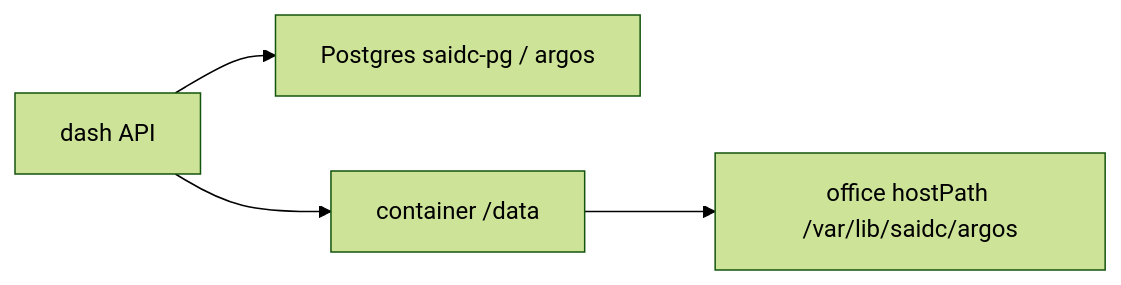
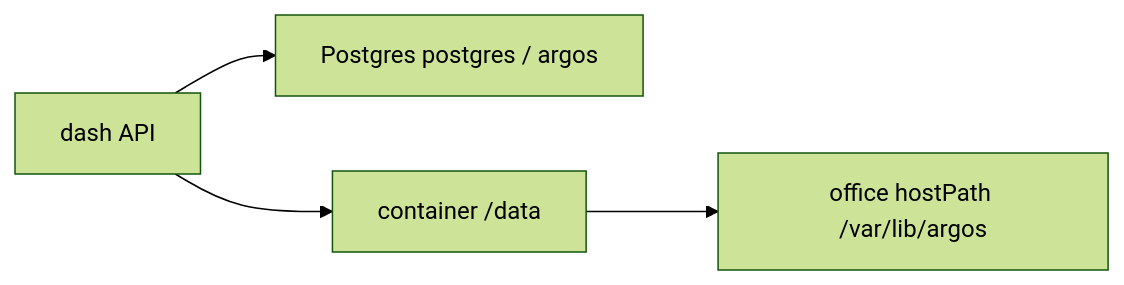
The second of 6 diagrams in docs/architecture.md (lpythu/argos-dash), drawn with Mermaid (forest theme) before and after one commit. The commit also changed other lines of this file and 18 other files, not shown here.

````diff
--- a/docs/architecture.md
+++ b/docs/architecture.md
@@ -26,9 +26,9 @@
 ```mermaid
 flowchart LR
   api["dash API"]
-  pg["Postgres saidc-pg / argos"]
+  pg["Postgres postgres / argos"]
   disk["container /data"]
-  host["office hostPath /var/lib/saidc/argos"]
+  host["office hostPath /var/lib/argos"]
   api --> pg
   api --> disk --> host
 ```
````
